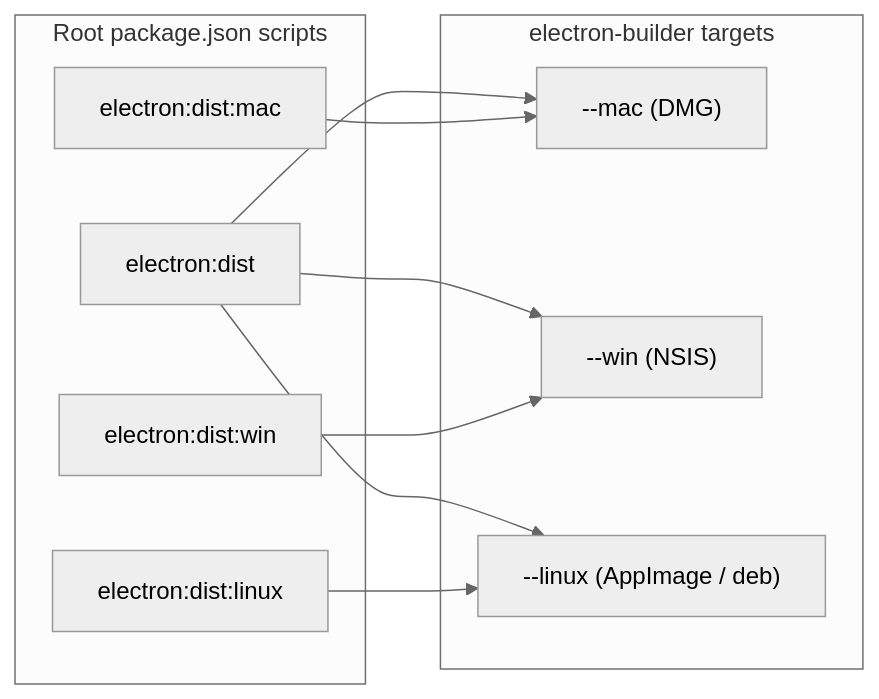
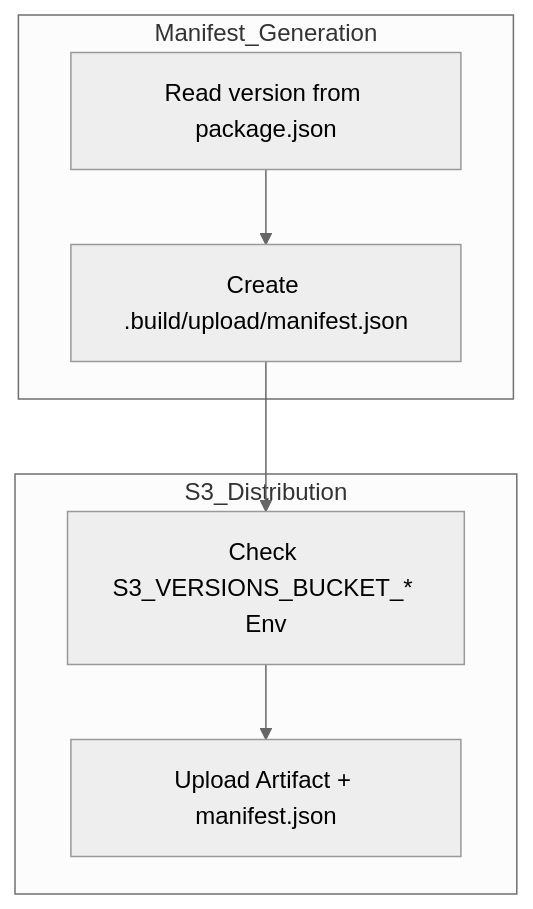
One commit to blackcater/zentree changed the second of 2 diagrams in docs/lukilabs_craft-agents-oss/building-and-distribution/platform-specific-builds.md. Above: the diagram before and after it, drawn with Mermaid (neutral theme). The commit also changed other lines of this file and 232 other files, not shown here.

````diff
--- a/docs/lukilabs_craft-agents-oss/building-and-distribution/platform-specific-builds.md
+++ b/docs/lukilabs_craft-agents-oss/building-and-distribution/platform-specific-builds.md
@@ -197,20 +148,16 @@
 ```mermaid
-flowchart LR
-    subgraph "Root package.json scripts"
-        R1["electron:dist"]
-        R2["electron:dist:mac"]
-        R3["electron:dist:win"]
-        R4["electron:dist:linux"]
+flowchart TD
+    subgraph "Manifest_Generation"
+        V_EXT["Read version from package.json"]
+        M_GEN["Create .build/upload/manifest.json"]
     end
-    subgraph "electron-builder targets"
-        T1["--mac (DMG)"]
-        T2["--win (NSIS)"]
-        T3["--linux (AppImage / deb)"]
+
+    subgraph "S3_Distribution"
+        S3_AUTH["Check S3_VERSIONS_BUCKET_* Env"]
+        S3_UP["Upload Artifact + manifest.json"]
     end
-    R1 --> T1
-    R1 --> T2
-    R1 --> T3
-    R2 --> T1
-    R3 --> T2
-    R4 --> T3
+
+    V_EXT --> M_GEN
+    M_GEN --> S3_AUTH
+    S3_AUTH --> S3_UP
 ```
````
